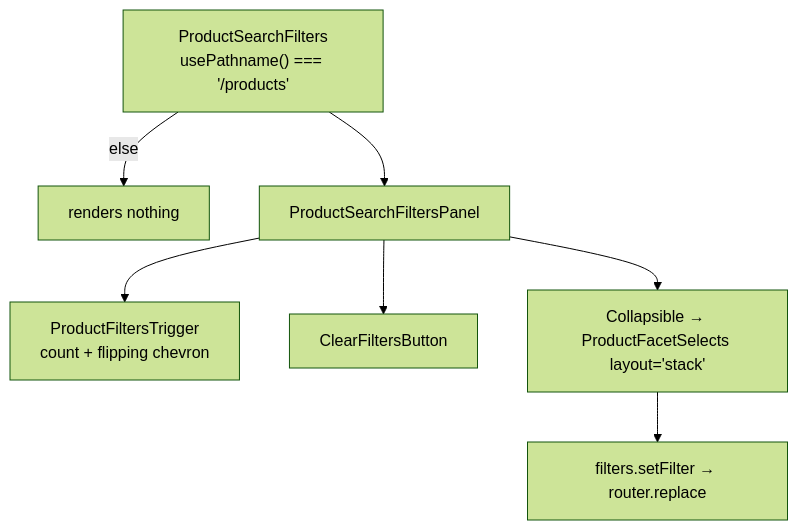
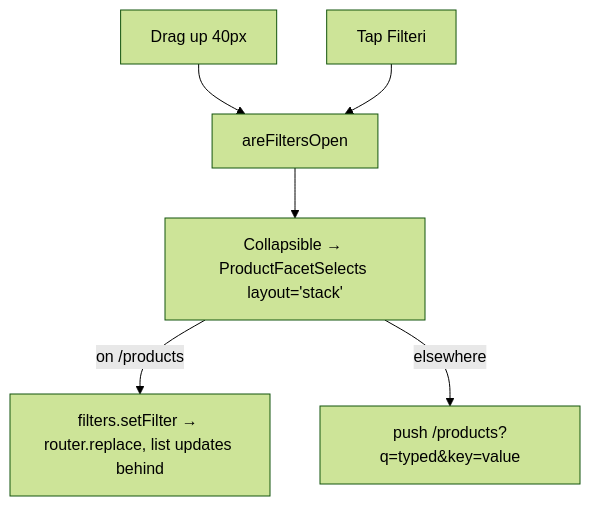
Before and after one commit to OffCrazyFreak/Disscount: the fourth of 5 diagrams in docs/MOBILE-NAV.md, drawn with Mermaid (forest theme). The commit also changed other lines of this file and 6 other files, not shown here.

````diff
--- a/docs/MOBILE-NAV.md
+++ b/docs/MOBILE-NAV.md
@@ -283,9 +290,8 @@
 ```mermaid
 flowchart TB
-    guard["ProductSearchFilters<br/>usePathname() === '/products'"] -->|else| null["renders nothing"]
-    guard --> panel["ProductSearchFiltersPanel"]
-    panel --> trigger["ProductFiltersTrigger<br/>count + flipping chevron"]
-    panel --> clear["ClearFiltersButton"]
-    panel --> body["Collapsible → ProductFacetSelects layout='stack'"]
-    body --> url["filters.setFilter → router.replace"]
+    drag["Drag up 40px"] --> open["areFiltersOpen"]
+    tap["Tap Filteri"] --> open
+    open --> body["Collapsible → ProductFacetSelects layout='stack'"]
+    body -->|on /products| amend["filters.setFilter → router.replace, list updates behind"]
+    body -->|elsewhere| go["push /products?q=typed&key=value"]
 ```
````
